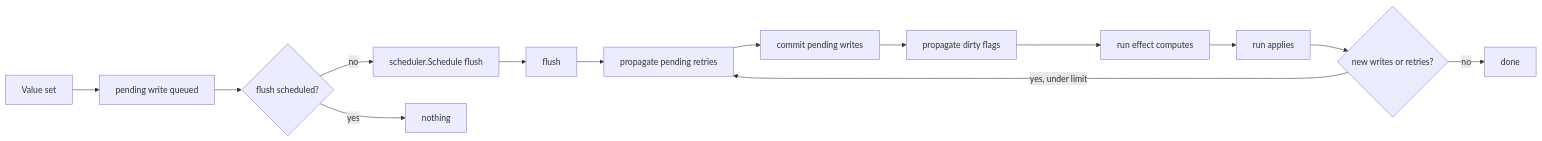
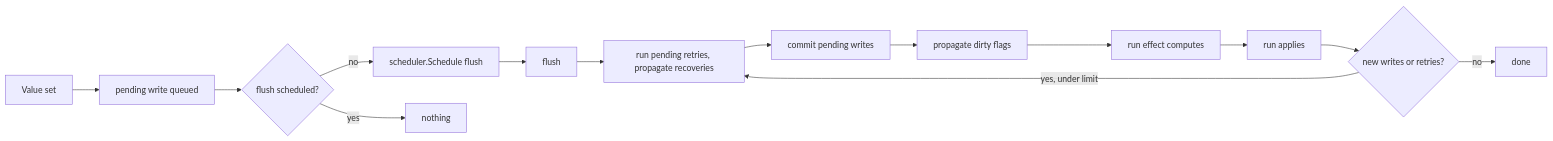
One commit to danfma/metanui changed the diagram in docs/design/0001-reactive-core.md. Above: the diagram before and after it, drawn with Mermaid. The commit also changed other lines of this file and 5 other files, not shown here.

````diff
--- a/docs/design/0001-reactive-core.md
+++ b/docs/design/0001-reactive-core.md
@@ -121,16 +121,16 @@
 ```mermaid
 flowchart LR
   W[Value set] --> Q[pending write queued]
   Q --> S{flush scheduled?}
   S -- no --> P[scheduler.Schedule flush]
   S -- yes --> Z[nothing]
   P --> F[flush]
-  F --> F0[propagate pending retries]
+  F --> F0[run pending retries, propagate recoveries]
   F0 --> F1[commit pending writes]
   F1 --> F2[propagate dirty flags]
   F2 --> F3[run effect computes]
   F3 --> F4[run applies]
   F4 --> F5{new writes or retries?}
   F5 -- yes, under limit --> F0
   F5 -- no --> E[done]
 ```
````
